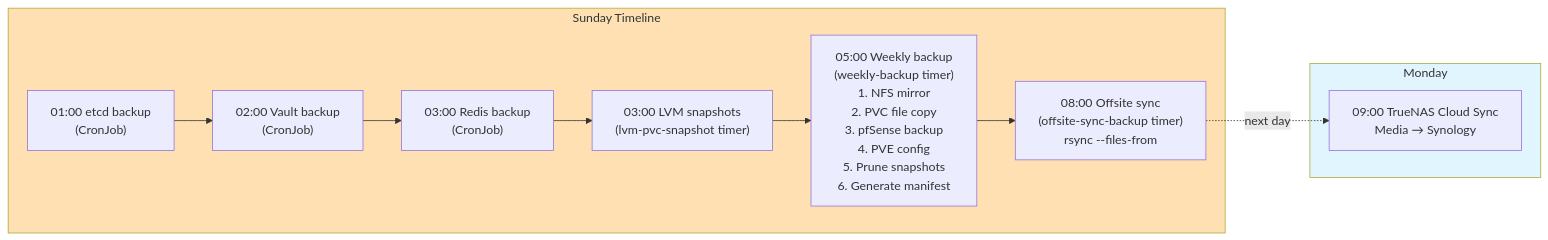
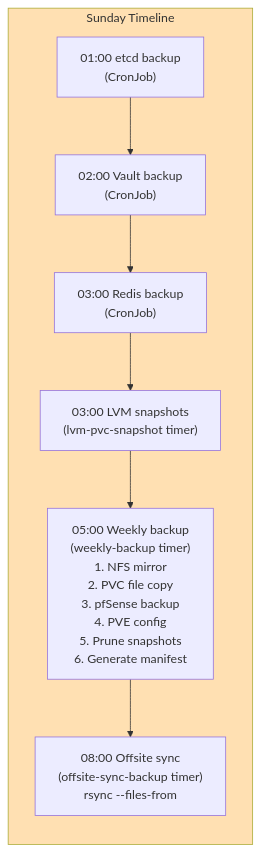
Before and after one commit to ViktorBarzin/infra: the second of 5 diagrams in docs/architecture/backup-dr.md, drawn with Mermaid. The commit also changed other lines of this file and 19 other files, not shown here.

First line of the commit message:
deprecate TrueNAS: migrate Immich NFS to Proxmox, remove all 10.0.10.15 references [ci skip]

````diff
--- a/docs/architecture/backup-dr.md
+++ b/docs/architecture/backup-dr.md
@@ -90,22 +85,15 @@
 ```mermaid
 graph LR
     subgraph Sunday["Sunday Timeline"]
         S01["01:00 etcd backup<br/>(CronJob)"]
         S02["02:00 Vault backup<br/>(CronJob)"]
         S03a["03:00 Redis backup<br/>(CronJob)"]
         S03b["03:00 LVM snapshots<br/>(lvm-pvc-snapshot timer)"]
         S05["05:00 Weekly backup<br/>(weekly-backup timer)<br/>1. NFS mirror<br/>2. PVC file copy<br/>3. pfSense backup<br/>4. PVE config<br/>5. Prune snapshots<br/>6. Generate manifest"]
         S08["08:00 Offsite sync<br/>(offsite-sync-backup timer)<br/>rsync --files-from"]
     end
 
     S01 --> S02 --> S03a --> S03b --> S05 --> S08
 
-    subgraph Monday["Monday"]
-        M09["09:00 TrueNAS Cloud Sync<br/>Media → Synology"]
-    end
-
-    S08 -.->|next day| M09
-
     style Sunday fill:#ffe0b2
-    style Monday fill:#e1f5ff
 ```
````
